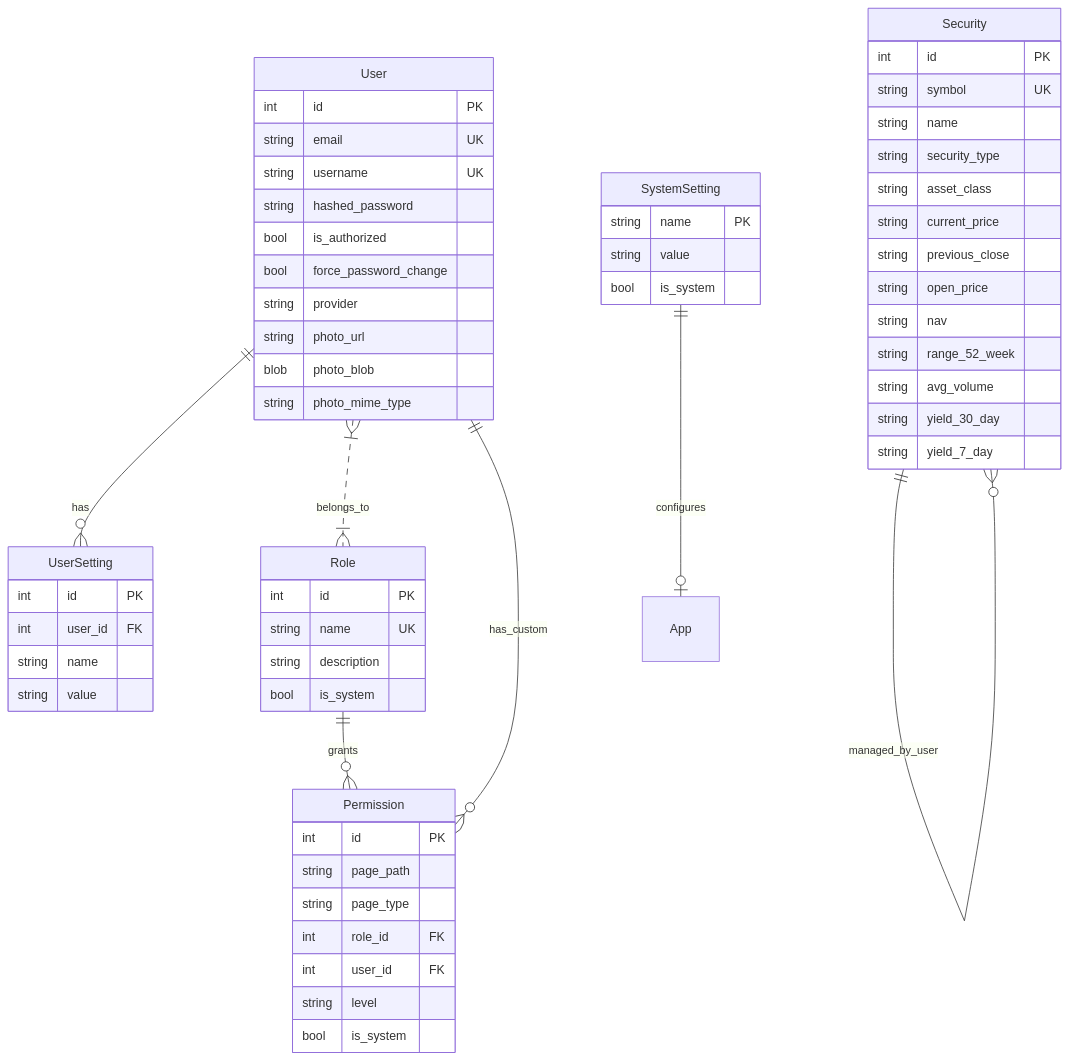
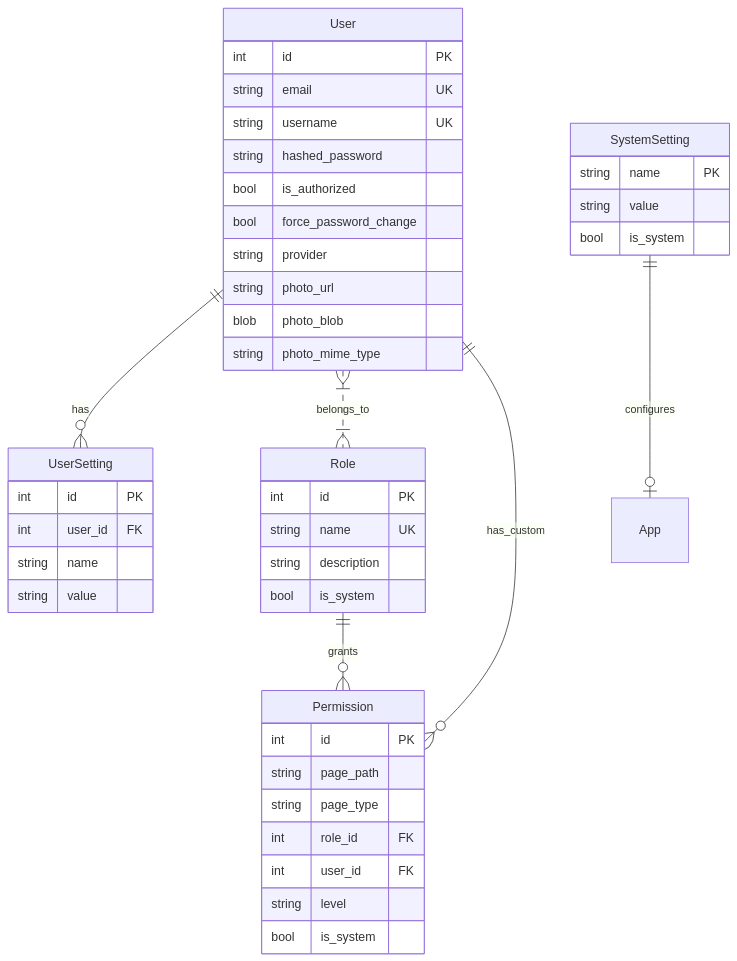
The diagram in doc/ARCHITECTURE.md (manomatika/matika), drawn with Mermaid before and after one commit. The commit also changed other lines of this file and 28 other files, not shown here.

````diff
--- a/doc/ARCHITECTURE.md
+++ b/doc/ARCHITECTURE.md
@@ -112,63 +108,47 @@
 ```mermaid
 erDiagram
     User ||--o{ UserSetting : has
     User }|..|{ Role : belongs_to
     Role ||--o{ Permission : grants
     User ||--o{ Permission : has_custom
-    Security ||--o{ Security : managed_by_user
     SystemSetting ||--o| App : configures
 
     User {
         int id PK
         string email UK
         string username UK
         string hashed_password
         bool is_authorized
         bool force_password_change
         string provider
         string photo_url
         blob photo_blob
         string photo_mime_type
     }
     Role {
         int id PK
         string name UK
         string description
         bool is_system
     }
     Permission {
         int id PK
         string page_path
         string page_type
         int role_id FK
         int user_id FK
         string level
         bool is_system
     }
-    Security {
-        int id PK
-        string symbol UK
-        string name
-        string security_type
-        string asset_class
-        string current_price
-        string previous_close
-        string open_price
-        string nav
-        string range_52_week
-        string avg_volume
-        string yield_30_day
-        string yield_7_day
-    }
     SystemSetting {
         string name PK
         string value
         bool is_system
     }
     UserSetting {
         int id PK
         int user_id FK
         string name
         string value
     }
 ```
````
